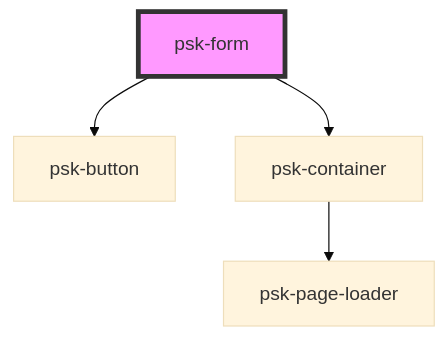
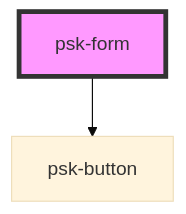
One commit to daniel-visoiu/cardinal changed the diagram in src/components/form-components/psk-form/readme.md. Above: the diagram before and after it, drawn with Mermaid (base theme). The commit also changed other lines of this file and 39 other files, not shown here.

Commit message:
refactored psk-form and psk-form-row

````diff
--- a/src/components/form-components/psk-form/readme.md
+++ b/src/components/form-components/psk-form/readme.md
@@ -26,7 +23,5 @@
 ```mermaid
 graph TD;
   psk-form --> psk-button
-  psk-form --> psk-container
-  psk-container --> psk-page-loader
   style psk-form fill:#f9f,stroke:#333,stroke-width:4px
 ```
````
